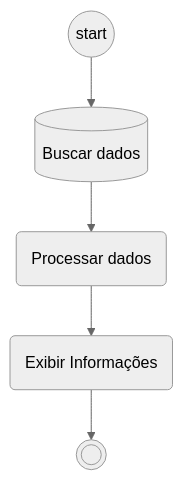
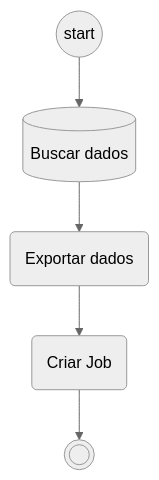
The first of 3 diagrams in README.md (edmilson-nascimento/export-database-cluster-background), drawn with Mermaid (neutral theme) before and after one commit. The commit also changed other lines of this file, not shown here.

````diff
--- a/README.md
+++ b/README.md
@@ -28,7 +37,7 @@
 ```mermaid
 flowchart TD
     Start((start)) --> SAPData[(Buscar dados)]
-    SAPData --> SAPProcess(Processar dados)
-    SAPProcess --> SAPInfo(Exibir Informações)
-    SAPInfo --> FinishNew((( )))
+    SAPData --> SAPExpor(Exportar dados)
+    SAPExpor --> Job(Criar Job)
+    Job --> FinishNew((( )))
 ```
````
